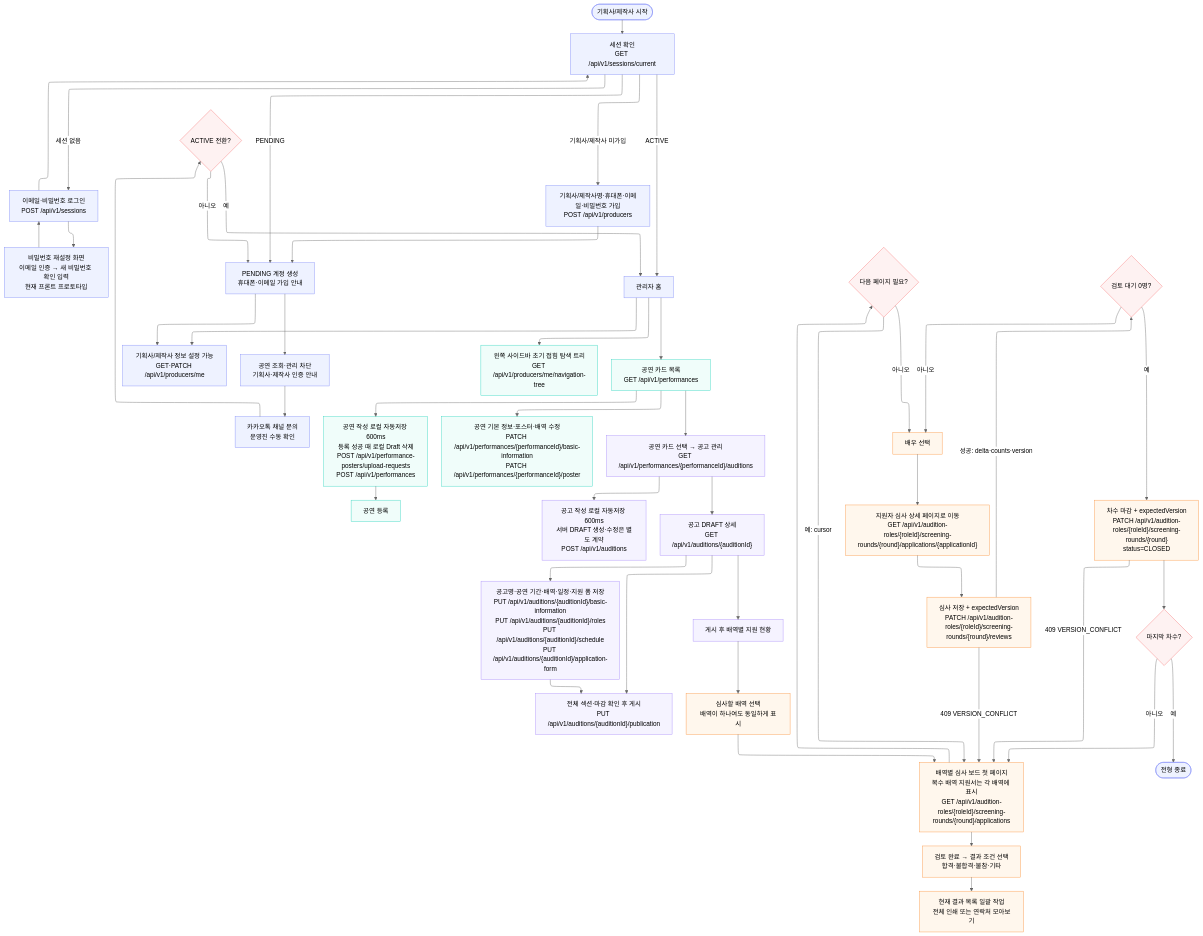
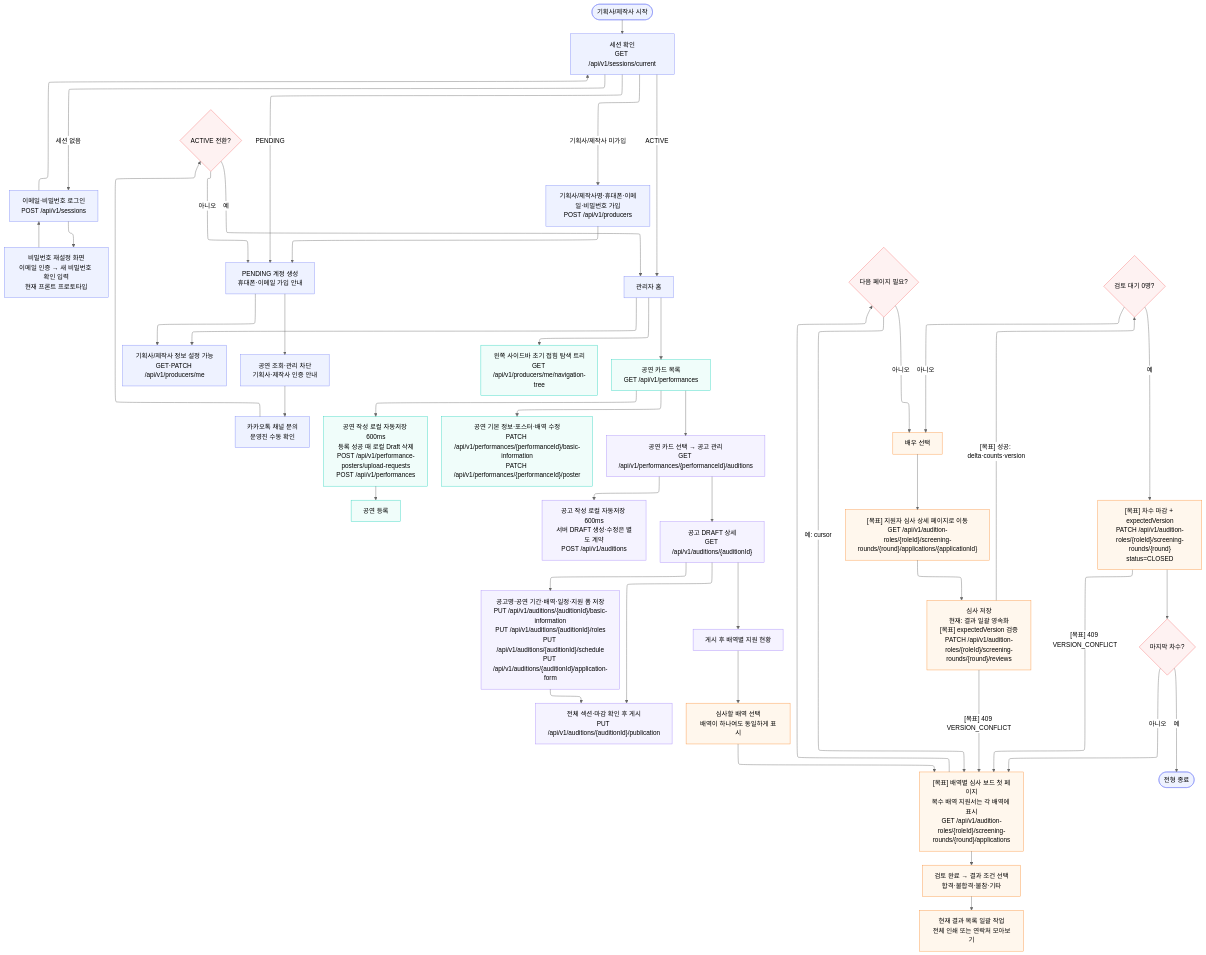
One commit to woowacourse-teams/2026-yesulin changed the diagram in docs/development/flows/producer.mmd. Above: the diagram before and after it, drawn with Mermaid (neutral theme). The commit also changed 5 other files, not shown here.

```diff
--- a/docs/development/flows/producer.mmd
+++ b/docs/development/flows/producer.mmd
@@ -1,54 +1,54 @@
 ---
 config:
   layout: elk
 ---
 flowchart TB
     START(["기획사/제작사 시작"]) --> SESSION["세션 확인<br>GET /api/v1/sessions/current"]
     SESSION -- 세션 없음 --> LOGIN["이메일·비밀번호 로그인<br>POST /api/v1/sessions"]
     LOGIN --> PASSWORD_RESET["비밀번호 재설정 화면<br>이메일 인증 → 새 비밀번호 확인 입력<br>현재 프론트 프로토타입"]
     PASSWORD_RESET --> LOGIN
     LOGIN --> SESSION
     SESSION -- 기획사/제작사 미가입 --> SIGNUP["기획사/제작사명·휴대폰·이메일·비밀번호 가입<br>POST /api/v1/producers"]
     SIGNUP --> PENDING["PENDING 계정 생성<br>휴대폰·이메일 가입 안내"]
     SESSION -- PENDING --> PENDING
     PENDING --> PROFILE["기획사/제작사 정보 설정 가능<br>GET·PATCH /api/v1/producers/me"]
     PENDING --> BLOCKED["공연 조회·관리 차단<br>기획사·제작사 인증 안내"]
     BLOCKED --> CONTACT["카카오톡 채널 문의<br>운영진 수동 확인"]
     CONTACT --> ACTIVE{"ACTIVE 전환?"}
     ACTIVE -- 아니오 --> PENDING
     ACTIVE -- 예 --> HOME["관리자 홈"]
     SESSION -- ACTIVE --> HOME
     HOME --> NAV["왼쪽 사이드바 초기 접힘 탐색 트리<br>GET /api/v1/producers/me/navigation-tree"] & PROFILE & PERF["공연 카드 목록<br>GET /api/v1/performances"]
     PERF --> NEW_PERF["공연 작성 로컬 자동저장 600ms<br>등록 성공 때 로컬 Draft 삭제<br>POST /api/v1/performance-posters/upload-requests<br>POST /api/v1/performances"] & EDIT_PERF["공연 기본 정보·포스터·배역 수정<br>PATCH /api/v1/performances/{performanceId}/basic-information<br>PATCH /api/v1/performances/{performanceId}/poster"] & POSTINGS["공연 카드 선택 → 공고 관리<br>GET /api/v1/performances/{performanceId}/auditions"]
     NEW_PERF --> CREATE_PERF["공연 등록"]
     POSTINGS --> CREATE_POSTING["공고 작성 로컬 자동저장 600ms<br>서버 DRAFT 생성·수정은 별도 계약<br>POST /api/v1/auditions"] & POSTING_DETAIL["공고 DRAFT 상세<br>GET /api/v1/auditions/{auditionId}"]
     POSTING_DETAIL --> EDIT_POSTING["공고명·공연 기간·배역·일정·지원 폼 저장<br>PUT /api/v1/auditions/{auditionId}/basic-information<br>PUT /api/v1/auditions/{auditionId}/roles<br>PUT /api/v1/auditions/{auditionId}/schedule<br>PUT /api/v1/auditions/{auditionId}/application-form"] & PUBLISH["전체 섹션·마감 확인 후 게시<br>PUT /api/v1/auditions/{auditionId}/publication"] & ROLES["게시 후 배역별 지원 현황"]
     EDIT_POSTING --> PUBLISH
     ROLES --> CHOOSE_ROLE["심사할 배역 선택<br>배역이 하나여도 동일하게 표시"]
-    CHOOSE_ROLE --> BOARD["배역별 심사 보드 첫 페이지<br>복수 배역 지원서는 각 배역에 표시<br>GET /api/v1/audition-roles/{roleId}/screening-rounds/{round}/applications"]
+    CHOOSE_ROLE --> BOARD["[목표] 배역별 심사 보드 첫 페이지<br>복수 배역 지원서는 각 배역에 표시<br>GET /api/v1/audition-roles/{roleId}/screening-rounds/{round}/applications"]
     BOARD --> RESULT_FILTER["검토 완료 → 결과 조건 선택<br>합격·불합격·불참·기타"]
     RESULT_FILTER --> GROUP_ACTION["현재 결과 목록 일괄 작업<br>전체 인쇄 또는 연락처 모아보기"]
     BOARD --> MORE{"다음 페이지 필요?"}
     MORE -- 예: cursor --> BOARD
     MORE -- 아니오 --> SELECT["배우 선택"]
-    SELECT --> APP_DETAIL["지원자 심사 상세 페이지로 이동<br>GET /api/v1/audition-roles/{roleId}/screening-rounds/{round}/applications/{applicationId}"]
-    APP_DETAIL --> REVIEW["심사 저장 + expectedVersion<br>PATCH /api/v1/audition-roles/{roleId}/screening-rounds/{round}/reviews"]
-    REVIEW -- 409 VERSION_CONFLICT --> BOARD
-    REVIEW -- 성공: delta·counts·version --> DONE{"검토 대기 0명?"}
+    SELECT --> APP_DETAIL["[목표] 지원자 심사 상세 페이지로 이동<br>GET /api/v1/audition-roles/{roleId}/screening-rounds/{round}/applications/{applicationId}"]
+    APP_DETAIL --> REVIEW["심사 저장<br>현재: 결과 일괄 영속화<br>[목표] expectedVersion 검증<br>PATCH /api/v1/audition-roles/{roleId}/screening-rounds/{round}/reviews"]
+    REVIEW -- "[목표] 409 VERSION_CONFLICT" --> BOARD
+    REVIEW -- "[목표] 성공: delta·counts·version" --> DONE{"검토 대기 0명?"}
     DONE -- 아니오 --> SELECT
-    DONE -- 예 --> CLOSE["차수 마감 + expectedVersion<br>PATCH /api/v1/audition-roles/{roleId}/screening-rounds/{round}<br>status=CLOSED"]
-    CLOSE -- 409 VERSION_CONFLICT --> BOARD
+    DONE -- 예 --> CLOSE["[목표] 차수 마감 + expectedVersion<br>PATCH /api/v1/audition-roles/{roleId}/screening-rounds/{round}<br>status=CLOSED"]
+    CLOSE -- "[목표] 409 VERSION_CONFLICT" --> BOARD
     CLOSE --> LAST{"마지막 차수?"}
     LAST -- 아니오 --> BOARD
     LAST -- 예 --> FINISH(["전형 종료"])
 
     classDef authNode stroke:#818cf8,fill:#eef2ff
     classDef perfNode stroke:#2dd4bf,fill:#f0fdfa
     classDef postingNode stroke:#a78bfa,fill:#f5f3ff
     classDef screeningNode stroke:#fb923c,fill:#fff7ed
     classDef decisionNode stroke:#f87171,fill:#fef2f2
     class START,SESSION,LOGIN,PASSWORD_RESET,SIGNUP,PENDING,PROFILE,BLOCKED,CONTACT,HOME,FINISH authNode
     class ACTIVE,MORE,DONE,LAST decisionNode
     class NAV,PERF,NEW_PERF,EDIT_PERF,CREATE_PERF perfNode
     class POSTINGS,CREATE_POSTING,POSTING_DETAIL,EDIT_POSTING,PUBLISH,ROLES postingNode
     class BOARD,CHOOSE_ROLE,RESULT_FILTER,GROUP_ACTION,SELECT,APP_DETAIL,REVIEW,CLOSE screeningNode
```
